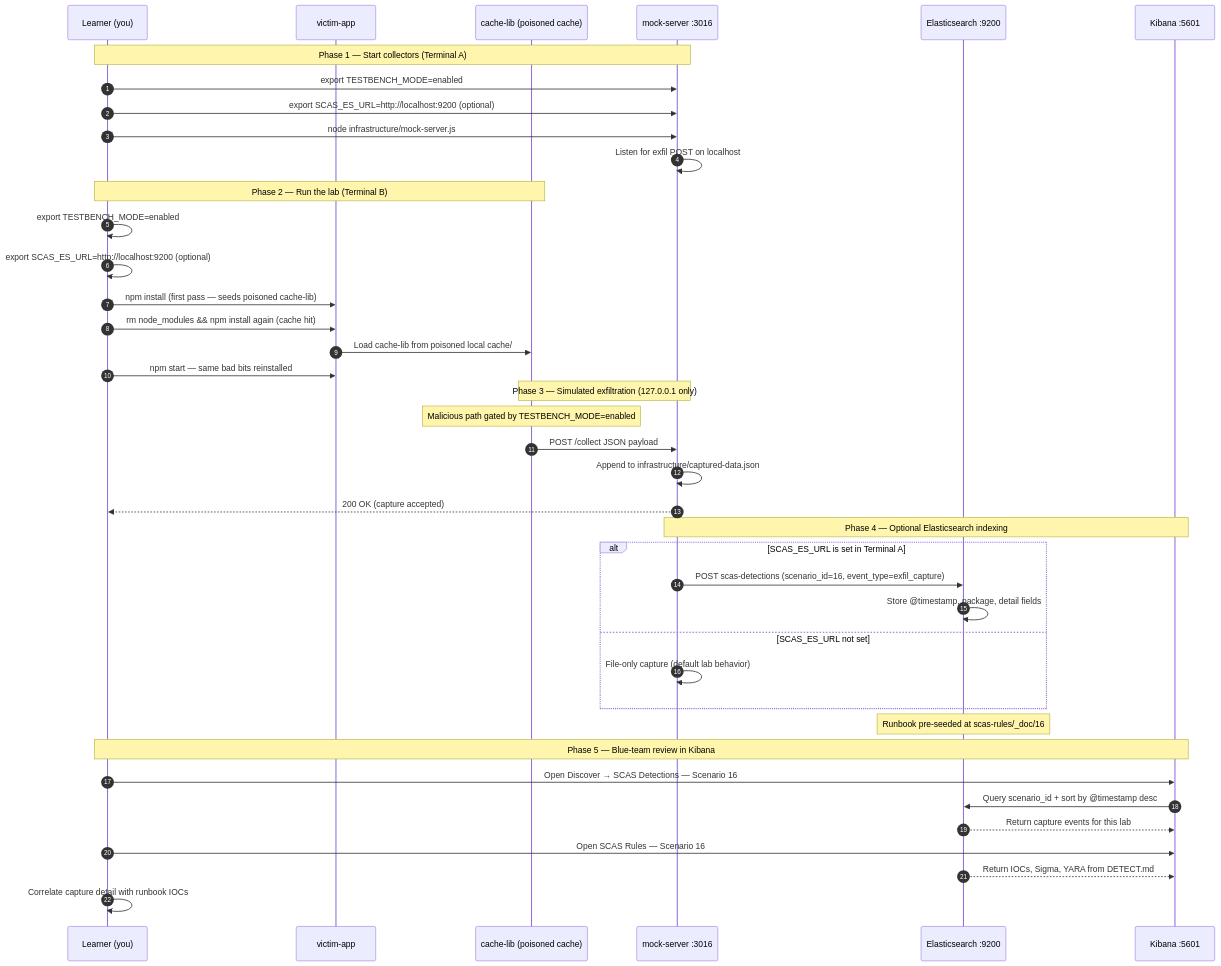
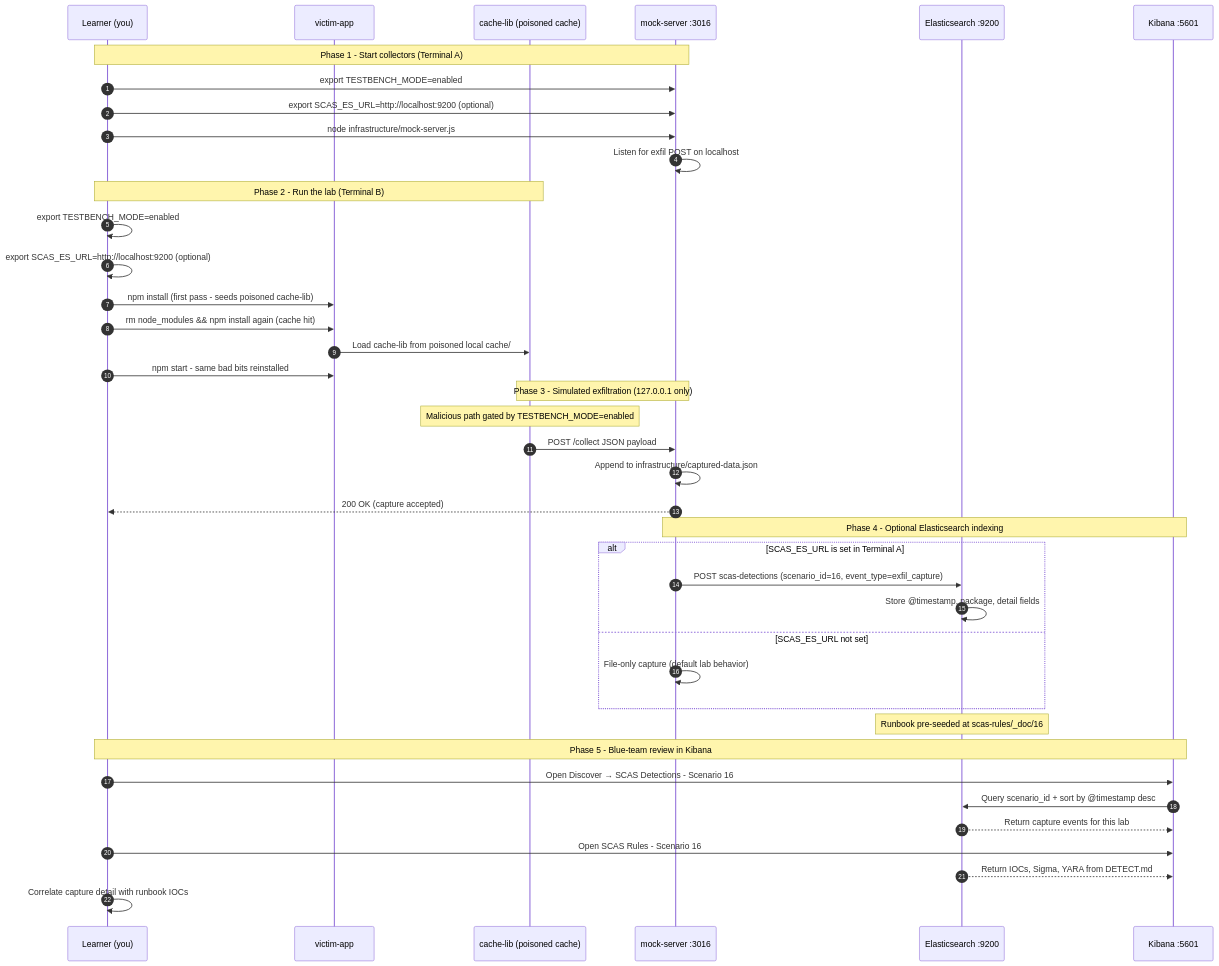
One commit to RAJANAGORI/testbench changed the diagram in documentation/scenario-guides/zero-to-hero/ZERO_TO_HERO_SCENARIO_16.md. Above: the diagram before and after it, drawn with Mermaid. The commit also changed other lines of this file and 66 other files, not shown here.

````diff
--- a/documentation/scenario-guides/zero-to-hero/ZERO_TO_HERO_SCENARIO_16.md
+++ b/documentation/scenario-guides/zero-to-hero/ZERO_TO_HERO_SCENARIO_16.md
@@ -619,47 +619,47 @@
 ```mermaid
 sequenceDiagram
     autonumber
     participant Learner as Learner (you)
     participant Victim as victim-app
     participant MalPkg as cache-lib (poisoned cache)
     participant Mock as mock-server :3016
     participant ES as Elasticsearch :9200
     participant Kibana as Kibana :5601
 
-    Note over Learner,Mock: Phase 1 — Start collectors (Terminal A)
+    Note over Learner,Mock: Phase 1 - Start collectors (Terminal A)
     Learner->>Mock: export TESTBENCH_MODE=enabled
     Learner->>Mock: export SCAS_ES_URL=http://localhost:9200 (optional)
     Learner->>Mock: node infrastructure/mock-server.js
     Mock->>Mock: Listen for exfil POST on localhost
 
-    Note over Learner,MalPkg: Phase 2 — Run the lab (Terminal B)
+    Note over Learner,MalPkg: Phase 2 - Run the lab (Terminal B)
     Learner->>Learner: export TESTBENCH_MODE=enabled
     Learner->>Learner: export SCAS_ES_URL=http://localhost:9200 (optional)
-    Learner->>Victim: npm install (first pass — seeds poisoned cache-lib)
+    Learner->>Victim: npm install (first pass - seeds poisoned cache-lib)
     Learner->>Victim: rm node_modules && npm install again (cache hit)
     Victim->>MalPkg: Load cache-lib from poisoned local cache/
-    Learner->>Victim: npm start — same bad bits reinstalled
+    Learner->>Victim: npm start - same bad bits reinstalled
 
-    Note over MalPkg,Mock: Phase 3 — Simulated exfiltration (127.0.0.1 only)
+    Note over MalPkg,Mock: Phase 3 - Simulated exfiltration (127.0.0.1 only)
     Note over MalPkg: Malicious path gated by TESTBENCH_MODE=enabled
     MalPkg->>Mock: POST /collect JSON payload
     Mock->>Mock: Append to infrastructure/captured-data.json
     Mock-->>Learner: 200 OK (capture accepted)
 
-    Note over Mock,Kibana: Phase 4 — Optional Elasticsearch indexing
+    Note over Mock,Kibana: Phase 4 - Optional Elasticsearch indexing
     alt SCAS_ES_URL is set in Terminal A
     Mock->>ES: POST scas-detections (scenario_id=16, event_type=exfil_capture)
     ES->>ES: Store @timestamp, package, detail fields
     else SCAS_ES_URL not set
     Mock->>Mock: File-only capture (default lab behavior)
     end
 
     Note over ES: Runbook pre-seeded at scas-rules/_doc/16
-    Note over Learner,Kibana: Phase 5 — Blue-team review in Kibana
-    Learner->>Kibana: Open Discover → SCAS Detections — Scenario 16
+    Note over Learner,Kibana: Phase 5 - Blue-team review in Kibana
+    Learner->>Kibana: Open Discover → SCAS Detections - Scenario 16
     Kibana->>ES: Query scenario_id + sort by @timestamp desc
     ES-->>Kibana: Return capture events for this lab
-    Learner->>Kibana: Open SCAS Rules — Scenario 16
+    Learner->>Kibana: Open SCAS Rules - Scenario 16
     ES-->>Kibana: Return IOCs, Sigma, YARA from DETECT.md
     Learner->>Learner: Correlate capture detail with runbook IOCs
 ```
````
